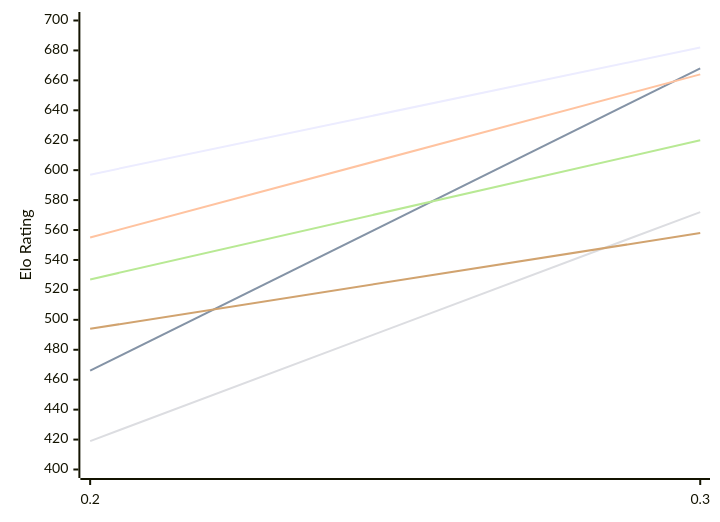
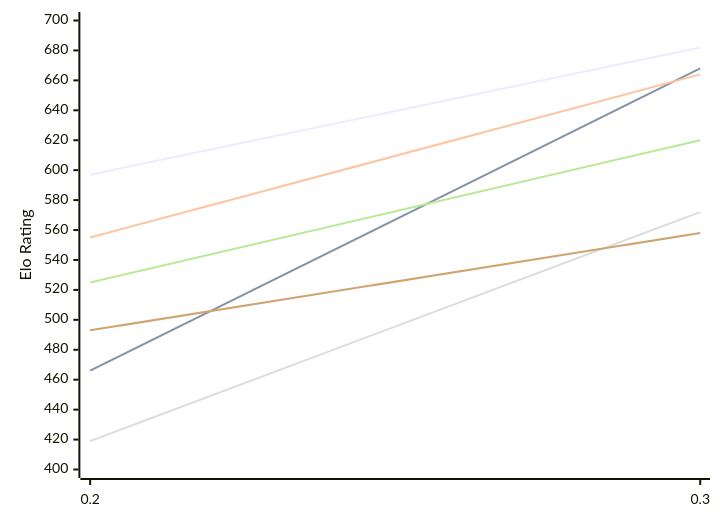
One commit to computer-chess-index/cci changed the first of 2 diagrams in engines/Magpie.md. Above: the diagram before and after it, drawn with Mermaid. The commit also changed other lines of this file, not shown here.

Commit message:
Update CCI Ratings (ELO VLTC) - 2026-11-20

````diff
--- a/engines/Magpie.md
+++ b/engines/Magpie.md
@@ -50,12 +50,12 @@
 ```mermaid
 %%{init: {"theme":"base","themeVariables":{"seriesColors:['#a3a3a3','#222221','#faa371']}}}%%
 xychart-beta
   x-axis ["0.2", "0.3"]
   y-axis "Elo Rating" 400 --> 700
   line "E1: STC (8.0+0.08s)" [597, 682]
   line "E1: LTC (60.0+0.60s)" [466, 668]
   line "E1: VLTC (2m24s+1.12s)" [555, 664]
   line "P1: STC (8.0+0.08s)" [419, 572]
-  line "P1: LTC (60.0+0.60s)" [527, 620]
-  line "P1: VLTC (2m24s+1.12s)" [494, 558]
+  line "P1: LTC (60.0+0.60s)" [525, 620]
+  line "P1: VLTC (2m24s+1.12s)" [493, 558]
 ```
````
